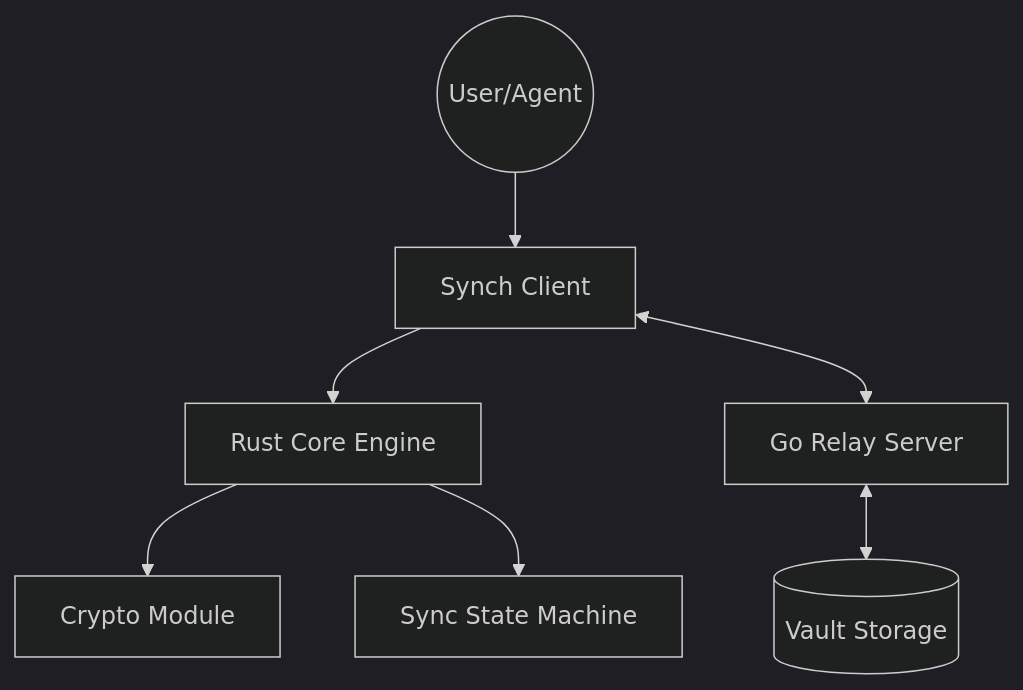
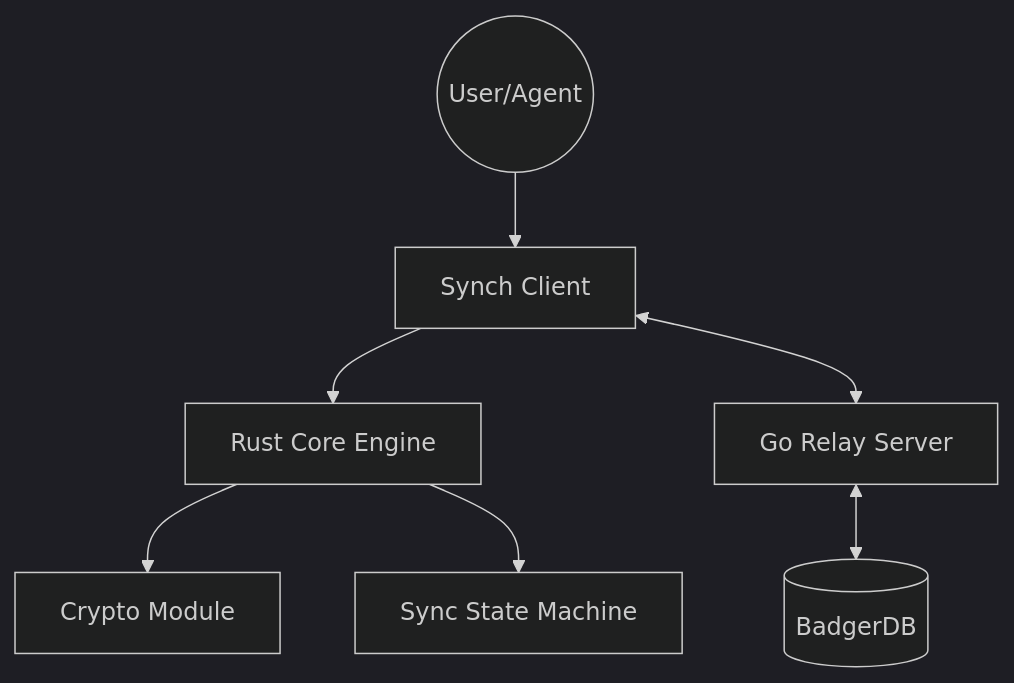
One commit to nimoshaw/synch changed the diagram in README.md. Above: the diagram before and after it, drawn with Mermaid (dark theme). The commit also changed other lines of this file and 71 other files, not shown here.

````diff
--- a/README.md
+++ b/README.md
@@ -21,9 +23,9 @@
 ```mermaid
 graph TD
     User((User/Agent)) --> Client[Synch Client]
     Client --> Core[Rust Core Engine]
     Core --> Crypto[Crypto Module]
     Core --> Sync[Sync State Machine]
     Client <--> Relay[Go Relay Server]
-    Relay <--> DB[(Vault Storage)]
+    Relay <--> DB[(BadgerDB)]
 ```
````
